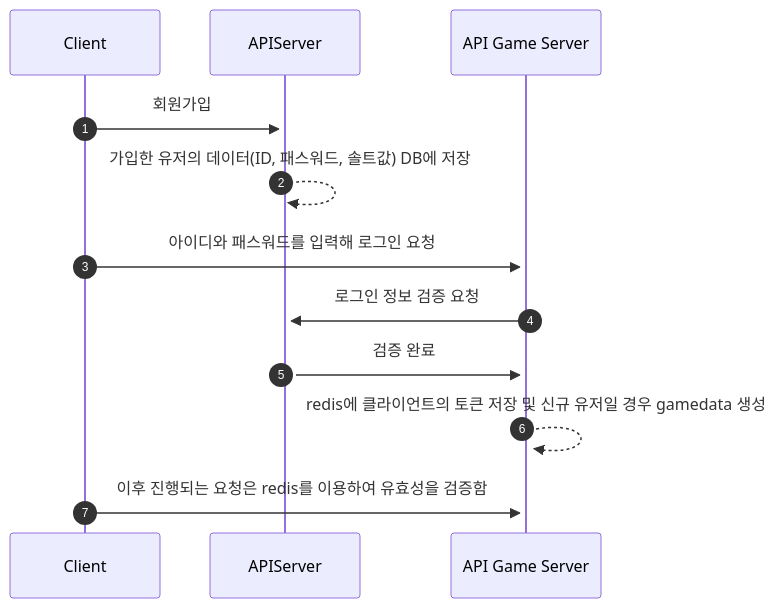
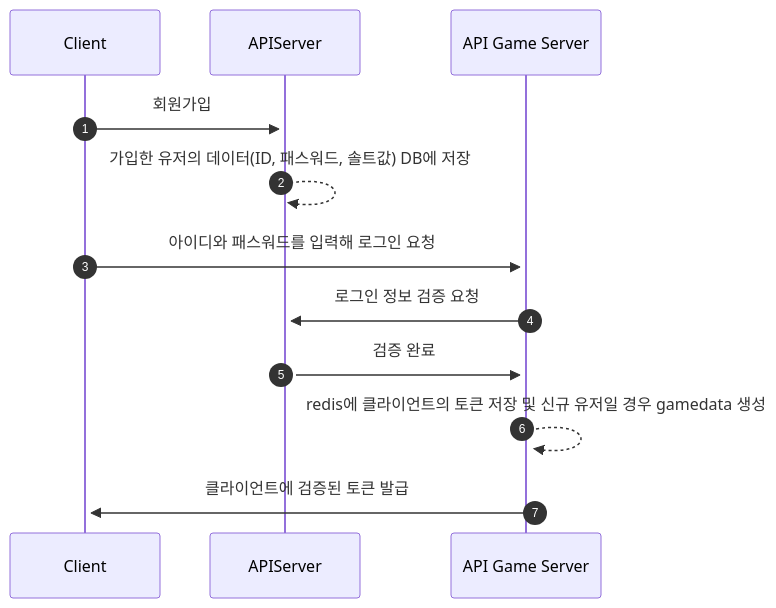
The diagram in SequenceDiagram.md (KMH8359/ServerCampus_APIServer), drawn with Mermaid before and after one commit.

````diff
--- a/SequenceDiagram.md
+++ b/SequenceDiagram.md
@@ -1,17 +1,17 @@
 ```mermaid
   sequenceDiagram
     participant client as Client
     participant apiserver as APIServer
     participant apigameserver as API Game Server
     
     autonumber
     
     client ->>+ apiserver: 회원가입
     apiserver -->> apiserver: 가입한 유저의 데이터(ID, 패스워드, 솔트값) DB에 저장
     client ->>+ apigameserver: 아이디와 패스워드를 입력해 로그인 요청
     apigameserver ->> apiserver: 로그인 정보 검증 요청
     apiserver ->>+ apigameserver: 검증 완료
     apigameserver -->> apigameserver: redis에 클라이언트의 토큰 저장 및 신규 유저일 경우 gamedata 생성
-    client ->>+ apigameserver: 이후 진행되는 요청은 redis를 이용하여 유효성을 검증함
+    apigameserver ->>+ client: 클라이언트에 검증된 토큰 발급
 
 ```
````
